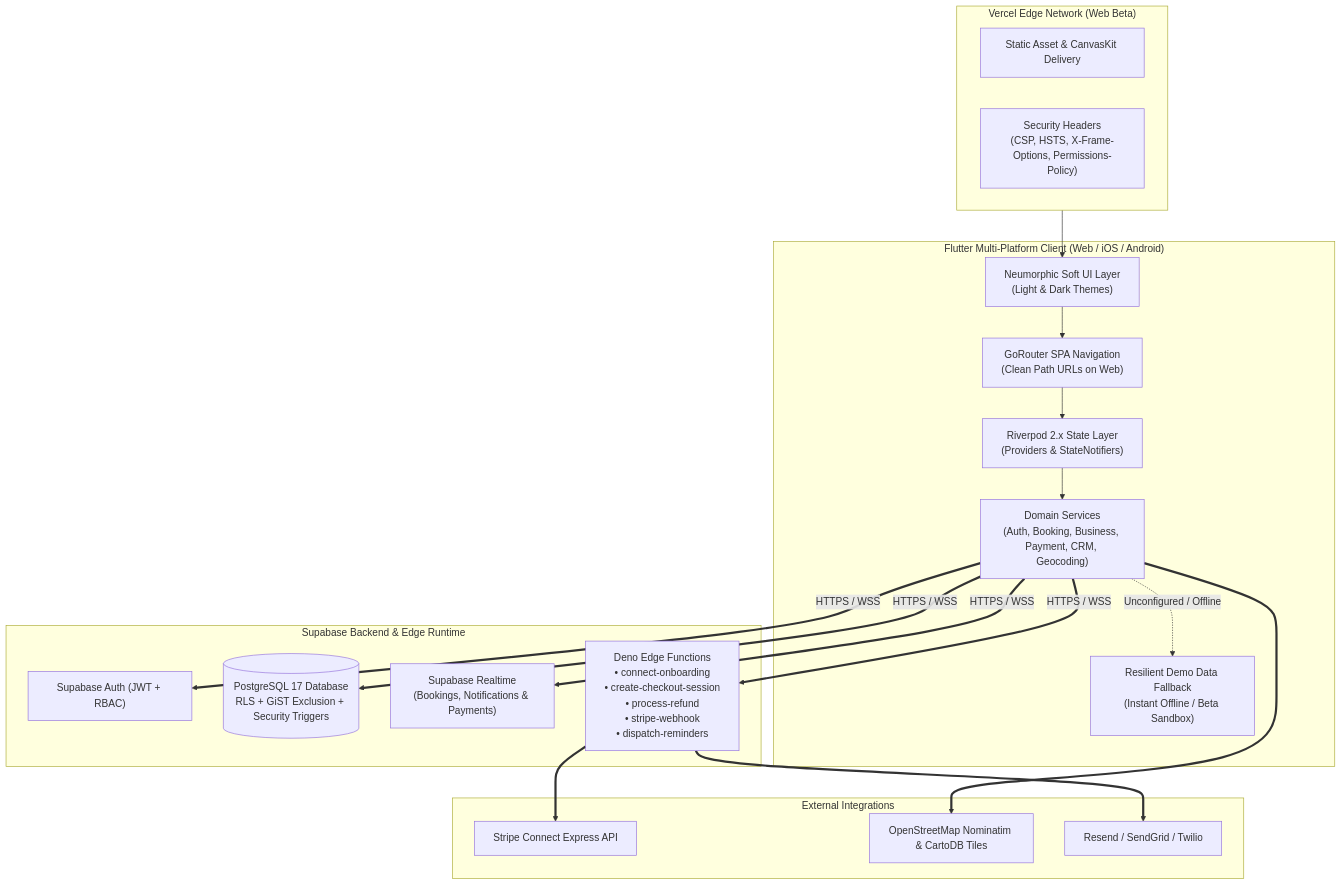
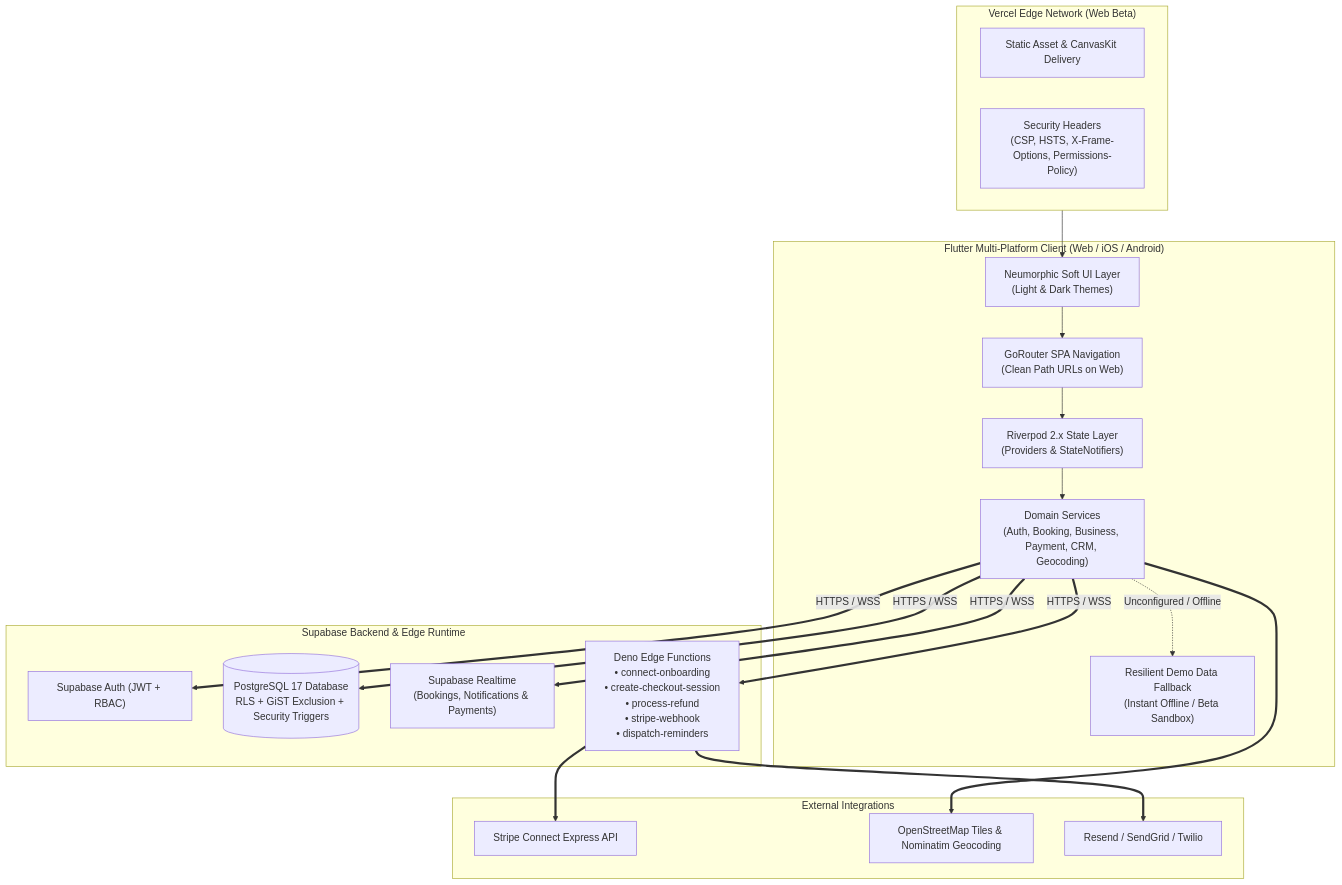
Before and after one commit to bluegene37/bookit: the diagram in README.md, drawn with Mermaid. The commit also changed other lines of this file and 7 other files, not shown here.

Commit message:
fix(maps): switch from CARTO basemaps to free zero-key OpenStreetMap tiles

````diff
--- a/README.md
+++ b/README.md
@@ -64,35 +66,37 @@
 ```mermaid
 flowchart TB
     subgraph Client["Flutter Multi-Platform Client (Web / iOS / Android)"]
         UI["Neumorphic Soft UI Layer\n(Light & Dark Themes)"]
         Router["GoRouter SPA Navigation\n(Clean Path URLs on Web)"]
         State["Riverpod 2.x State Layer\n(Providers & StateNotifiers)"]
         Services["Domain Services\n(Auth, Booking, Business, Payment, CRM, Geocoding)"]
         Mock["Resilient Demo Data Fallback\n(Instant Offline / Beta Sandbox)"]
     end
 
     subgraph Edge["Vercel Edge Network (Web Beta)"]
         CDN["Static Asset & CanvasKit Delivery"]
         Headers["Security Headers\n(CSP, HSTS, X-Frame-Options, Permissions-Policy)"]
     end
 
     subgraph Backend["Supabase Backend & Edge Runtime"]
         Auth["Supabase Auth (JWT + RBAC)"]
         PG[("PostgreSQL 17 Database\nRLS + GiST Exclusion + Security Triggers")]
         Realtime["Supabase Realtime\n(Bookings, Notifications & Payments)"]
         EF["Deno Edge Functions\n• connect-onboarding\n• create-checkout-session\n• process-refund\n• stripe-webhook\n• dispatch-reminders"]
     end
 
     subgraph External["External Integrations"]
         Stripe["Stripe Connect Express API"]
-        OSM["OpenStreetMap Nominatim & CartoDB Tiles"]
+        %% Gene - Nov, 22, 2026: Replaced CARTO Tiles reference with zero-key OpenStreetMap Tiles
+        %% OSM["OpenStreetMap Nominatim & CartoDB Tiles"]
+        OSM["OpenStreetMap Tiles & Nominatim Geocoding"]
         Comms["Resend / SendGrid / Twilio"]
     end
 
     Edge --> UI
     UI --> Router --> State --> Services
     Services -.->|"Unconfigured / Offline"| Mock
     Services ==>|"HTTPS / WSS"| Auth & PG & Realtime & EF
     EF ==> Stripe & Comms
     Services ==> OSM
 ```
````
